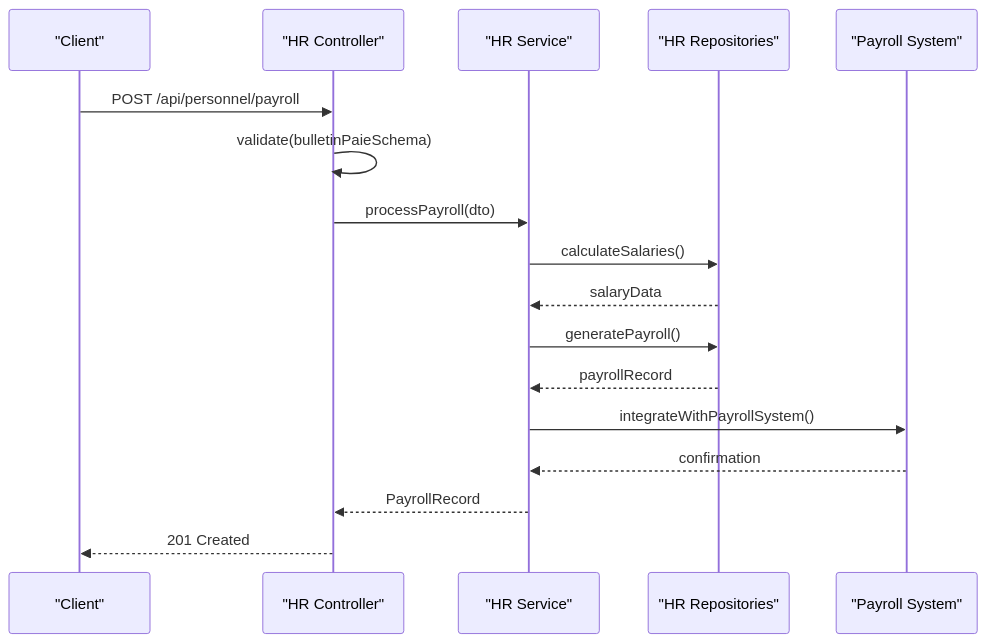
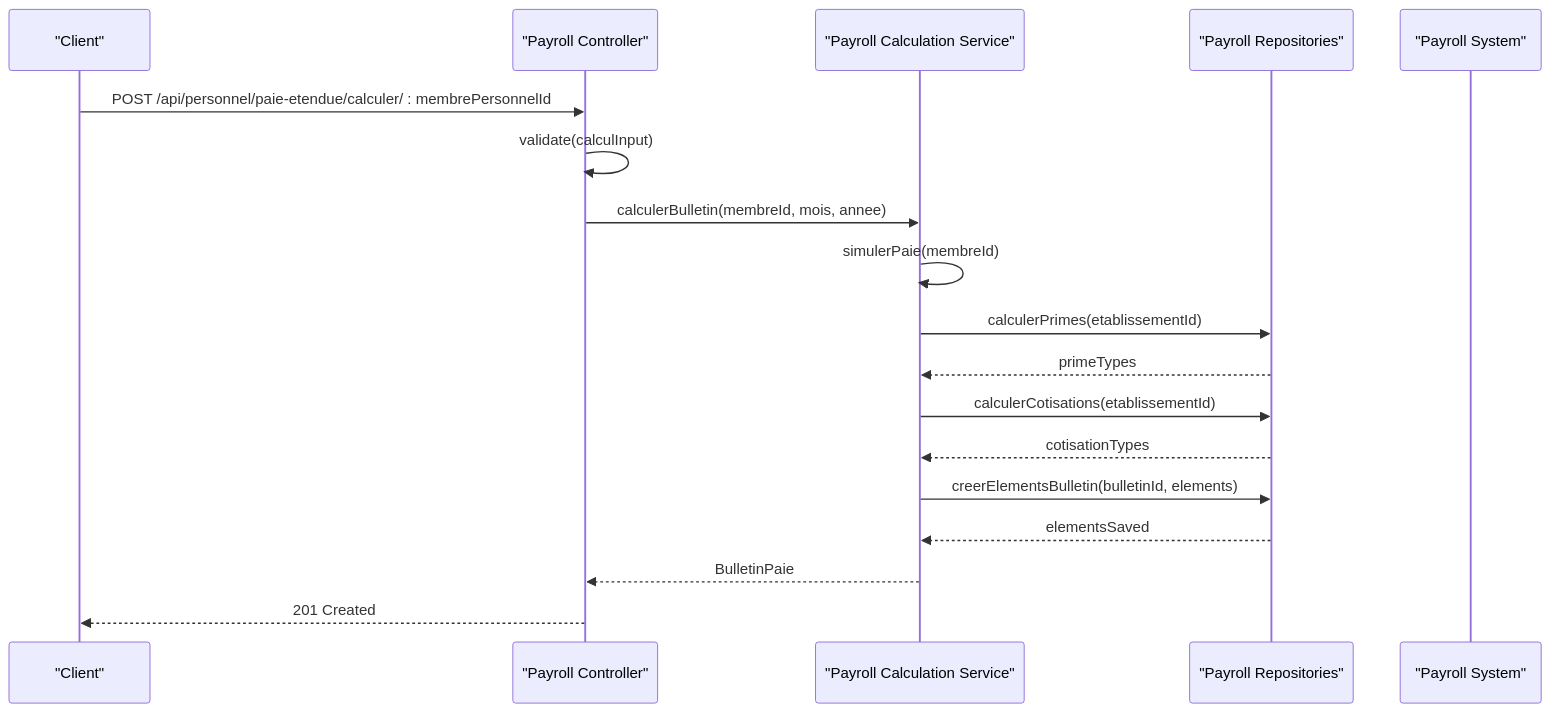
One commit to franckylab/eLISAschool changed the second of 8 diagrams in .qoder/repowiki/en/content/Modules & Features/Administrative Modules/Personnel & Human Resources.md. Above: the diagram before and after it, drawn with Mermaid. The commit also changed other lines of this file and 151 other files, not shown here.

````diff
--- a/.qoder/repowiki/en/content/Modules & Features/Administrative Modules/Personnel & Human Resources.md
+++ b/.qoder/repowiki/en/content/Modules & Features/Administrative Modules/Personnel & Human Resources.md
@@ -164,19 +212,20 @@
 ```mermaid
 sequenceDiagram
 participant Client as "Client"
-participant Ctrl as "HR Controller"
-participant Svc as "HR Service"
-participant Repo as "HR Repositories"
+participant Ctrl as "Payroll Controller"
+participant CalcSvc as "Payroll Calculation Service"
+participant Repo as "Payroll Repositories"
 participant Payroll as "Payroll System"
-Client->>Ctrl : POST /api/personnel/payroll
-Ctrl->>Ctrl : validate(bulletinPaieSchema)
-Ctrl->>Svc : processPayroll(dto)
-Svc->>Repo : calculateSalaries()
-Repo-->>Svc : salaryData
-Svc->>Repo : generatePayroll()
-Repo-->>Svc : payrollRecord
-Svc->>Payroll : integrateWithPayrollSystem()
-Payroll-->>Svc : confirmation
-Svc-->>Ctrl : PayrollRecord
+Client->>Ctrl : POST /api/personnel/paie-etendue/calculer/ : membrePersonnelId
+Ctrl->>Ctrl : validate(calculInput)
+Ctrl->>CalcSvc : calculerBulletin(membreId, mois, annee)
+CalcSvc->>CalcSvc : simulerPaie(membreId)
+CalcSvc->>Repo : calculerPrimes(etablissementId)
+Repo-->>CalcSvc : primeTypes
+CalcSvc->>Repo : calculerCotisations(etablissementId)
+Repo-->>CalcSvc : cotisationTypes
+CalcSvc->>Repo : creerElementsBulletin(bulletinId, elements)
+Repo-->>CalcSvc : elementsSaved
+CalcSvc-->>Ctrl : BulletinPaie
 Ctrl-->>Client : 201 Created
 ```
````
